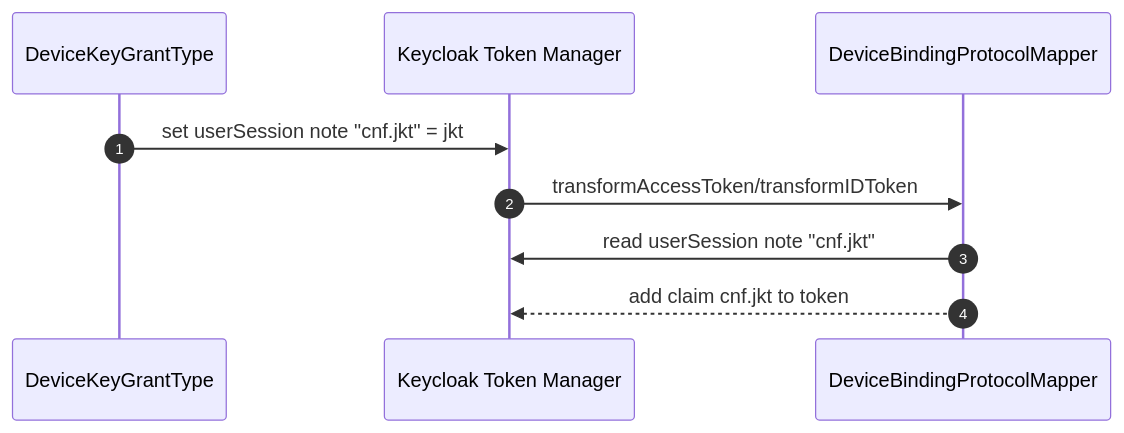
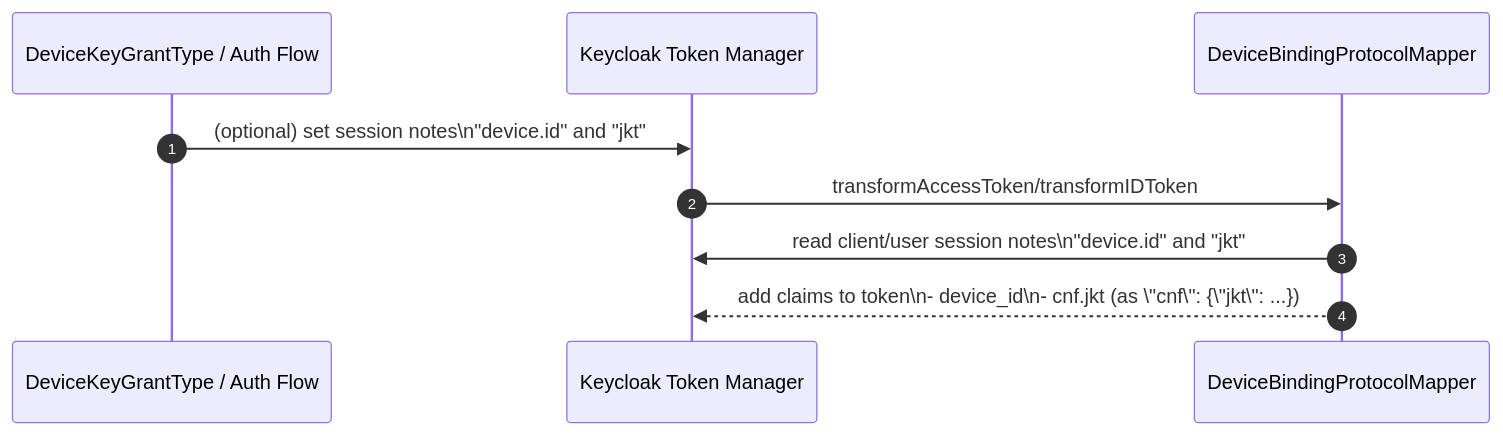
The second of 2 diagrams in docs/WORKFLOWS/current-protocol-mapper.md (stephane-segning/keycloak-keybound), drawn with Mermaid before and after one commit. The commit also changed other lines of this file and 6 other files, not shown here.

Commit message:
feat: enhance documentation and update device key grant implementation for clarity and accuracy

````diff
--- a/docs/WORKFLOWS/current-protocol-mapper.md
+++ b/docs/WORKFLOWS/current-protocol-mapper.md
@@ -19,12 +23,12 @@
 ```mermaid
 sequenceDiagram
 autonumber
-participant Grant as DeviceKeyGrantType
+participant Grant as DeviceKeyGrantType / Auth Flow
 participant KC as Keycloak Token Manager
 participant Mapper as DeviceBindingProtocolMapper
 
-Grant->>KC: set userSession note "cnf.jkt" = jkt
+Grant->>KC: (optional) set session notes\n"device.id" and "jkt"
 KC->>Mapper: transformAccessToken/transformIDToken
-Mapper->>KC: read userSession note "cnf.jkt"
-Mapper-->>KC: add claim cnf.jkt to token
+Mapper->>KC: read client/user session notes\n"device.id" and "jkt"
+Mapper-->>KC: add claims to token\n- device_id\n- cnf.jkt (as \"cnf\": {\"jkt\": ...})
 ```
````
